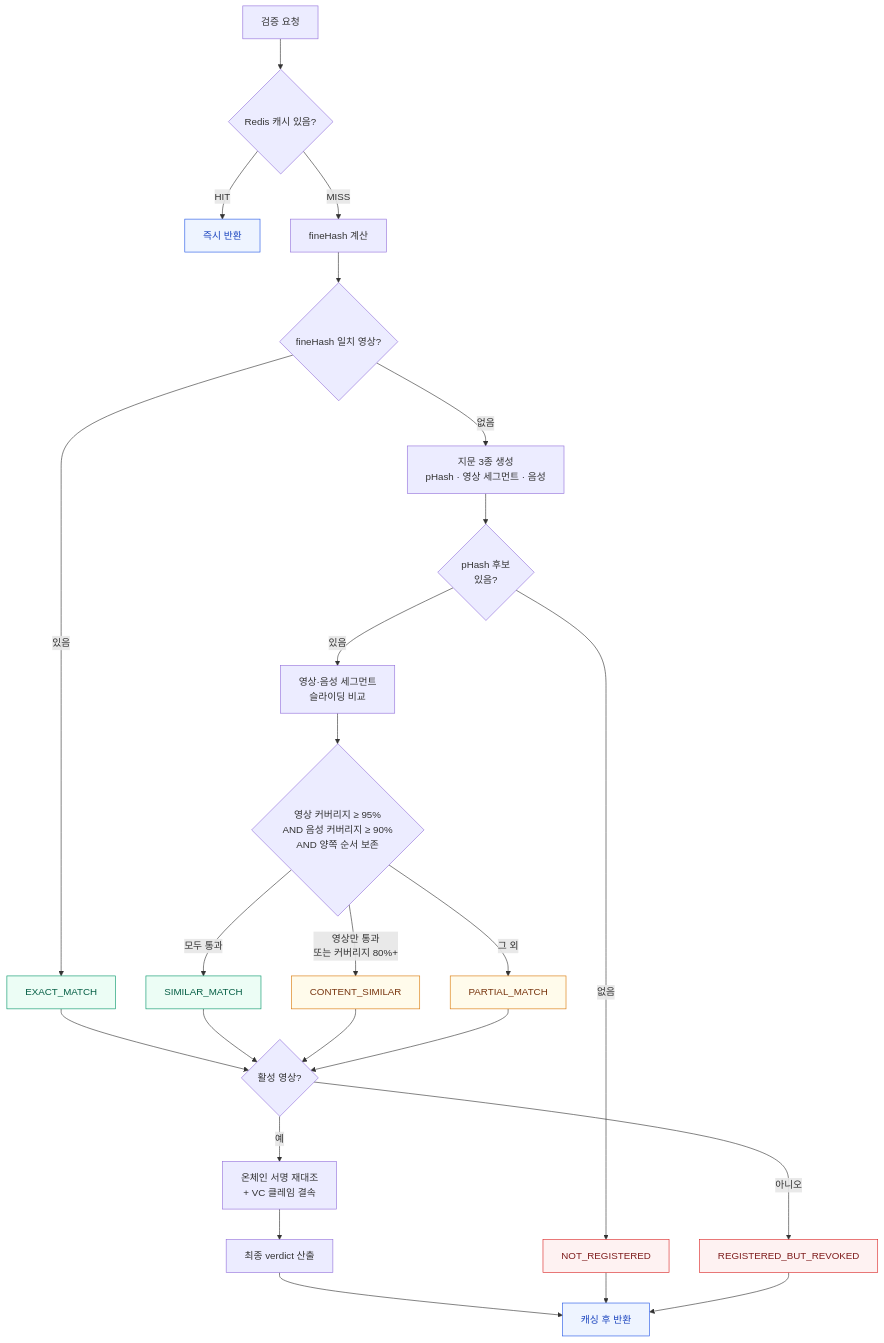
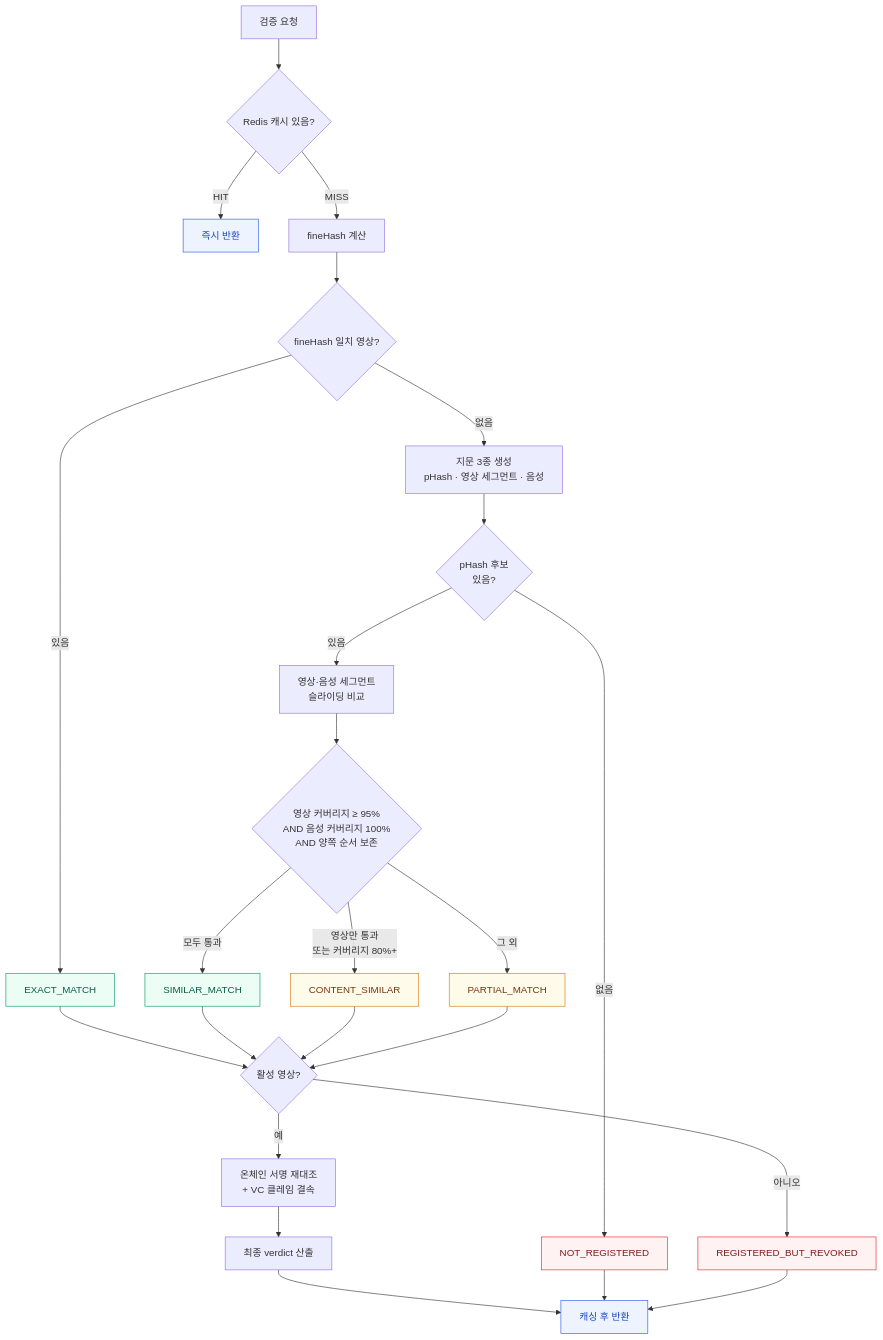
One commit to 2026-hackathon-Jinbon/jinbon-docs changed the diagram in dev-center/docs/developers/flows/video-verify.md. Above: the diagram before and after it, drawn with Mermaid. The commit also changed other lines of this file and 9 other files, not shown here.

````diff
--- a/dev-center/docs/developers/flows/video-verify.md
+++ b/dev-center/docs/developers/flows/video-verify.md
@@ -14,34 +14,34 @@
 ```mermaid
 flowchart TD
   START[검증 요청] --> CACHE{Redis 캐시 있음?}
   CACHE -->|HIT| RET[즉시 반환]:::done
   CACHE -->|MISS| FINE[fineHash 계산]
   FINE --> EXACT{fineHash 일치 영상?}
   EXACT -->|있음| EM[EXACT_MATCH]:::ok
   EXACT -->|없음| FP[지문 3종 생성<br/>pHash · 영상 세그먼트 · 음성]
 
   FP --> CAND{pHash 후보<br/>있음?}
   CAND -->|없음| NR[NOT_REGISTERED]:::no
   CAND -->|있음| SEG[영상·음성 세그먼트<br/>슬라이딩 비교]
 
-  SEG --> J{영상 커버리지 ≥ 95%<br/>AND 음성 커버리지 ≥ 90%<br/>AND 양쪽 순서 보존}
+  SEG --> J{영상 커버리지 ≥ 95%<br/>AND 음성 커버리지 100%<br/>AND 양쪽 순서 보존}
   J -->|모두 통과| SM[SIMILAR_MATCH]:::ok
   J -->|영상만 통과<br/>또는 커버리지 80%+| CS[CONTENT_SIMILAR]:::warn
   J -->|그 외| PM[PARTIAL_MATCH]:::warn
 
   EM --> CHECK
   SM --> CHECK
   CS --> CHECK
   PM --> CHECK
   CHECK{활성 영상?} -->|아니오| REV[REGISTERED_BUT_REVOKED]:::no
   CHECK -->|예| BC[온체인 서명 재대조<br/>+ VC 클레임 결속]
   BC --> FINAL[최종 verdict 산출]
   FINAL --> CACHE2[캐싱 후 반환]:::done
   NR --> CACHE2
   REV --> CACHE2
 
   classDef ok fill:#ECFDF5,stroke:#059669,color:#065F46
   classDef warn fill:#FFFBEB,stroke:#D97706,color:#78350F
   classDef no fill:#FEF2F2,stroke:#DC2626,color:#7F1D1D
   classDef done fill:#EEF4FF,stroke:#2457E6,color:#1943BE
 ```
````
